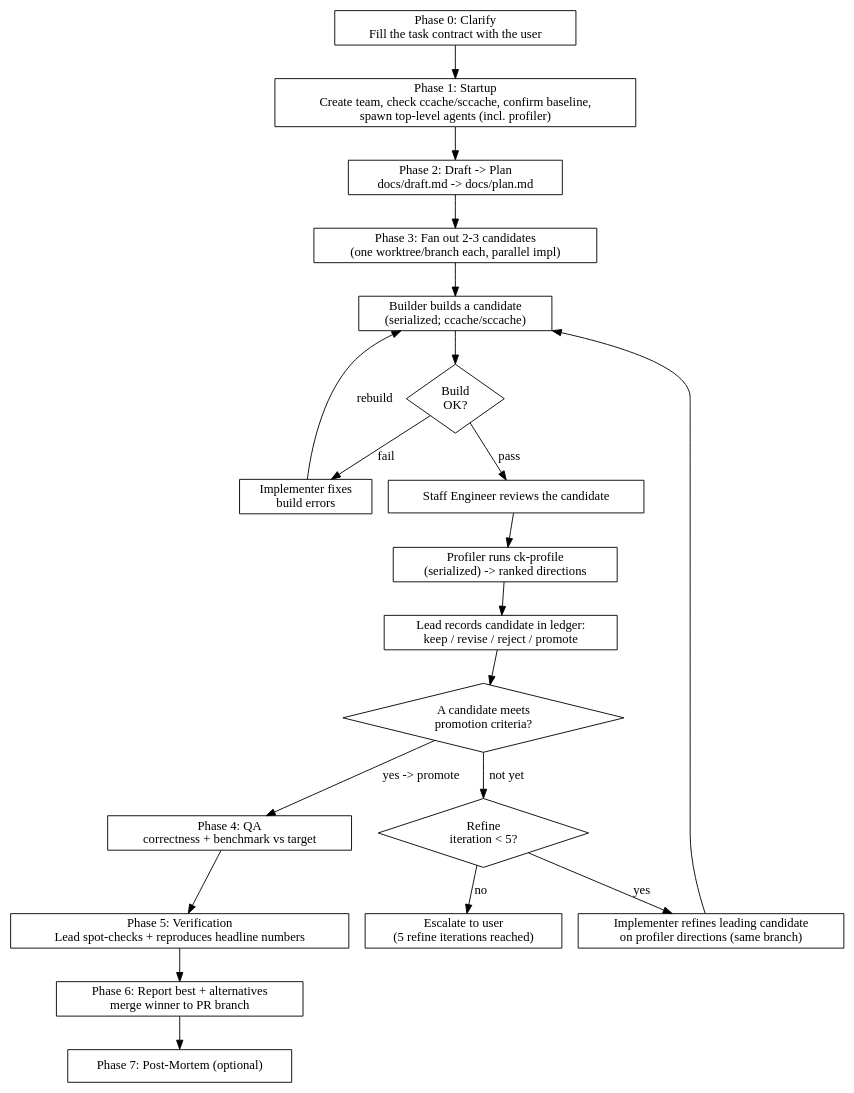
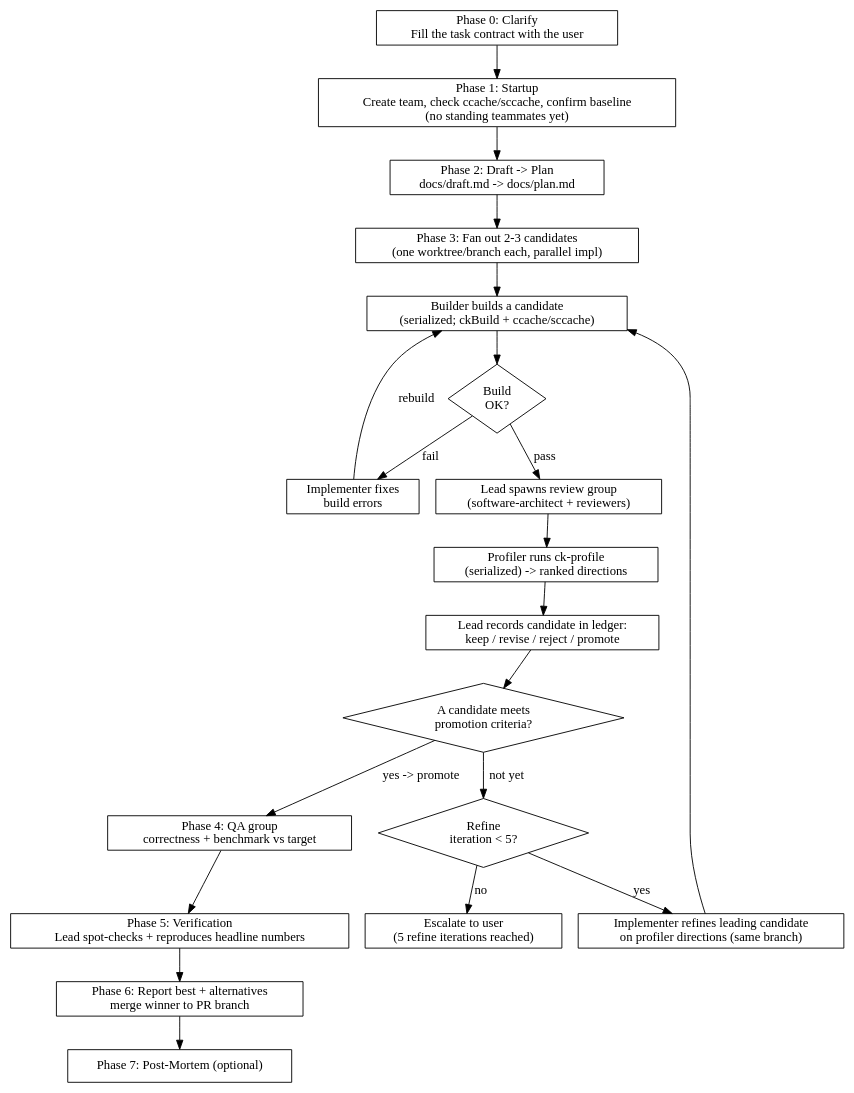
One commit to steven112163/dotharness changed the diagram in skills/dev-team/SKILL.md. Above: the diagram before and after it, drawn with Graphviz. The commit also changed other lines of this file and 23 other files, not shown here.

First line of the commit message:
feat(agents): add native subagents, rework dev-team for agent teams

````diff
--- a/skills/dev-team/SKILL.md
+++ b/skills/dev-team/SKILL.md
@@ -137,40 +171,40 @@
 ```dot
 digraph workflow {
     rankdir=TB;
     node [shape=box];
 
     clarify [label="Phase 0: Clarify\nFill the task contract with the user"];
-    startup [label="Phase 1: Startup\nCreate team, check ccache/sccache, confirm baseline,\nspawn top-level agents (incl. profiler)"];
+    startup [label="Phase 1: Startup\nCreate team, check ccache/sccache, confirm baseline\n(no standing teammates yet)"];
     plan [label="Phase 2: Draft -> Plan\ndocs/draft.md -> docs/plan.md"];
     fanout [label="Phase 3: Fan out 2-3 candidates\n(one worktree/branch each, parallel impl)"];
-    build [label="Builder builds a candidate\n(serialized; ccache/sccache)"];
+    build [label="Builder builds a candidate\n(serialized; ckBuild + ccache/sccache)"];
     build_fail [label="Implementer fixes\nbuild errors"];
-    review [label="Staff Engineer reviews the candidate"];
+    review [label="Lead spawns review group\n(software-architect + reviewers)"];
     profile [label="Profiler runs ck-profile\n(serialized) -> ranked directions"];
     ledger [label="Lead records candidate in ledger:\nkeep / revise / reject / promote"];
     refine [label="Implementer refines leading candidate\non profiler directions (same branch)"];
-    qa [label="Phase 4: QA\ncorrectness + benchmark vs target"];
+    qa [label="Phase 4: QA group\ncorrectness + benchmark vs target"];
     verify [label="Phase 5: Verification\nLead spot-checks + reproduces headline numbers"];
     report [label="Phase 6: Report best + alternatives\nmerge winner to PR branch"];
     postmortem [label="Phase 7: Post-Mortem (optional)"];
     escalate [label="Escalate to user\n(5 refine iterations reached)"];
 
     build_ok [shape=diamond, label="Build\nOK?"];
     promote_ok [shape=diamond, label="A candidate meets\npromotion criteria?"];
     iter_check [shape=diamond, label="Refine\niteration < 5?"];
 
     clarify -> startup -> plan -> fanout -> build;
     build -> build_ok;
     build_ok -> build_fail [label="fail"];
     build_fail -> build [label="rebuild"];
     build_ok -> review [label="pass"];
     review -> profile -> ledger;
     ledger -> promote_ok;
     promote_ok -> qa [label="yes -> promote"];
     promote_ok -> iter_check [label="not yet"];
     iter_check -> refine [label="yes"];
     refine -> build;
     iter_check -> escalate [label="no"];
     qa -> verify -> report -> postmortem;
 }
 ```
````
